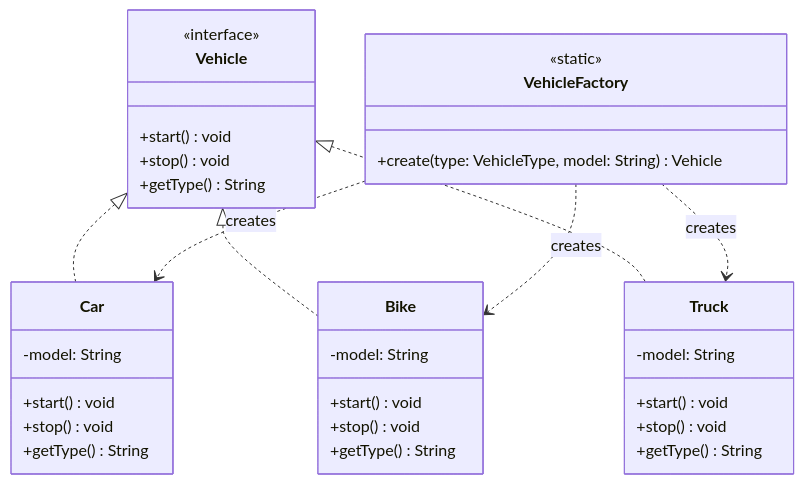
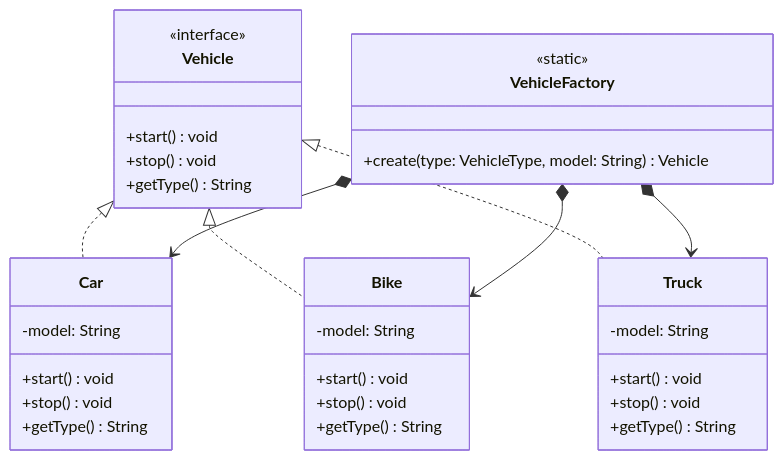
One commit to kubrck/LLD changed the diagram in src/factory/README.md. Above: the diagram before and after it, drawn with Mermaid. The commit also changed 10 other files, not shown here.

Commit message:
docs(uml): simplify all diagrams to only is-a and has-a relationships

````diff
--- a/src/factory/README.md
+++ b/src/factory/README.md
@@ -7,42 +7,42 @@
 ```mermaid
 classDiagram
     class Vehicle {
         <<interface>>
         +start() void
         +stop() void
         +getType() String
     }
 
     class Car {
         -model: String
         +start() void
         +stop() void
         +getType() String
     }
 
     class Bike {
         -model: String
         +start() void
         +stop() void
         +getType() String
     }
 
     class Truck {
         -model: String
         +start() void
         +stop() void
         +getType() String
     }
 
     class VehicleFactory {
         <<static>>
         +create(type: VehicleType, model: String) Vehicle
     }
 
     Vehicle <|.. Car
     Vehicle <|.. Bike
     Vehicle <|.. Truck
-    VehicleFactory ..> Car : creates
-    VehicleFactory ..> Bike : creates
-    VehicleFactory ..> Truck : creates
+    VehicleFactory *--> Car
+    VehicleFactory *--> Bike
+    VehicleFactory *--> Truck
 ```
````
